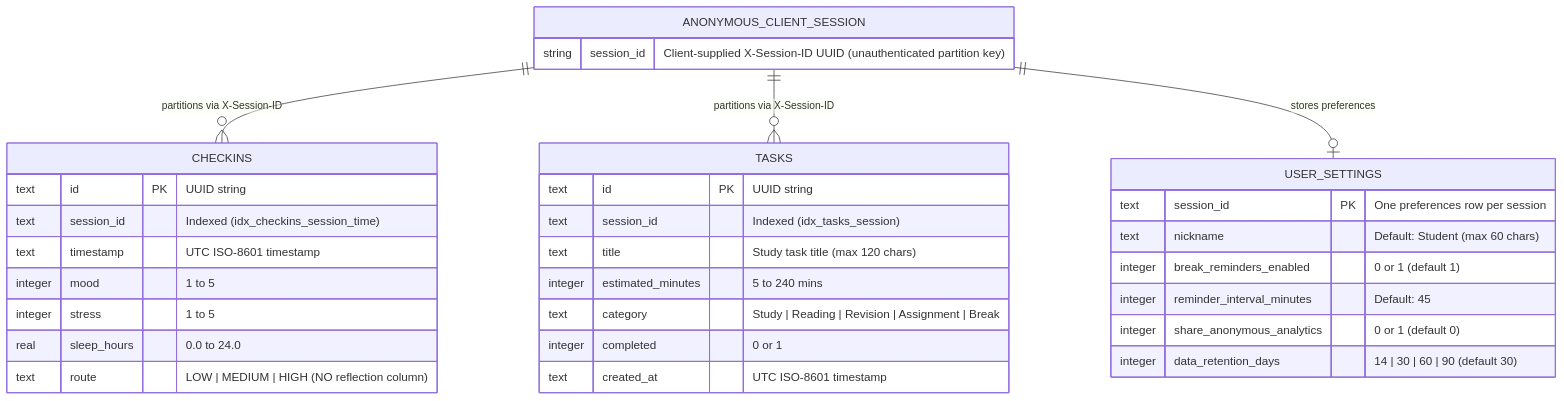
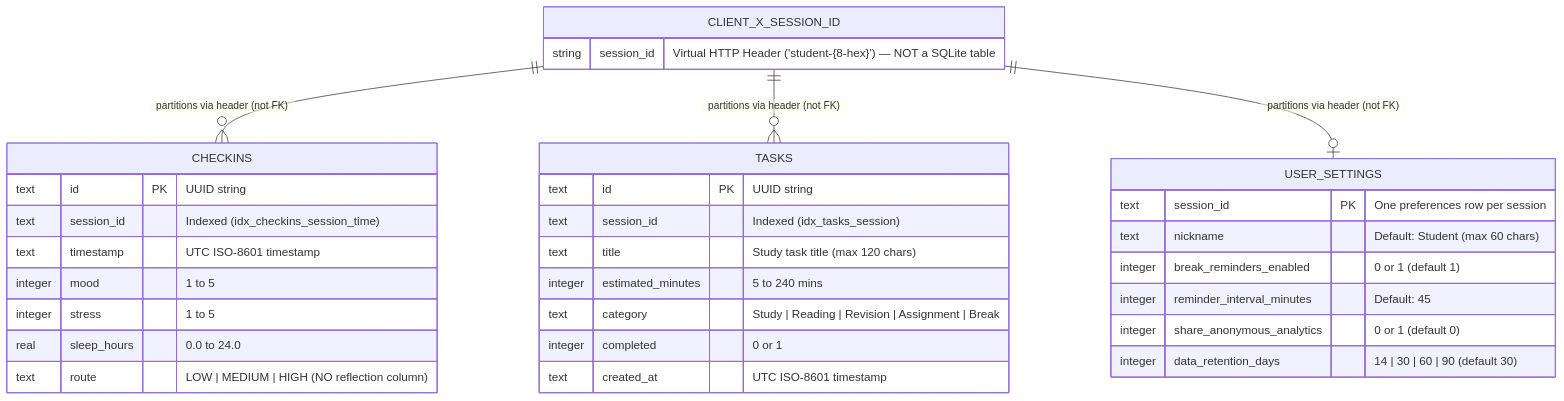
The fifth of 7 diagrams in README.md (nikhi20-900/calmspace), drawn with Mermaid before and after one commit. The commit also changed other lines of this file, not shown here.

Commit message:
docs(readme): address PR #38 review accuracy, demo scope, and mobile diagram layout

````diff
--- a/README.md
+++ b/README.md
@@ -237,39 +248,39 @@
 ```mermaid
 erDiagram
-    ANONYMOUS_CLIENT_SESSION {
-        string session_id "Client-supplied X-Session-ID UUID (unauthenticated partition key)"
+    CLIENT_X_SESSION_ID {
+        string session_id "Virtual HTTP Header ('student-{8-hex}') — NOT a SQLite table"
     }
 
     CHECKINS {
         text id PK "UUID string"
         text session_id "Indexed (idx_checkins_session_time)"
         text timestamp "UTC ISO-8601 timestamp"
         integer mood "1 to 5"
         integer stress "1 to 5"
         real sleep_hours "0.0 to 24.0"
         text route "LOW | MEDIUM | HIGH (NO reflection column)"
     }
 
     TASKS {
         text id PK "UUID string"
         text session_id "Indexed (idx_tasks_session)"
         text title "Study task title (max 120 chars)"
         integer estimated_minutes "5 to 240 mins"
         text category "Study | Reading | Revision | Assignment | Break"
         integer completed "0 or 1"
         text created_at "UTC ISO-8601 timestamp"
     }
 
     USER_SETTINGS {
         text session_id PK "One preferences row per session"
         text nickname "Default: Student (max 60 chars)"
         integer break_reminders_enabled "0 or 1 (default 1)"
         integer reminder_interval_minutes "Default: 45"
         integer share_anonymous_analytics "0 or 1 (default 0)"
         integer data_retention_days "14 | 30 | 60 | 90 (default 30)"
     }
 
-    ANONYMOUS_CLIENT_SESSION ||--o{ CHECKINS : "partitions via X-Session-ID"
-    ANONYMOUS_CLIENT_SESSION ||--o{ TASKS : "partitions via X-Session-ID"
-    ANONYMOUS_CLIENT_SESSION ||--o| USER_SETTINGS : "stores preferences"
+    CLIENT_X_SESSION_ID ||--o{ CHECKINS : "partitions via header (not FK)"
+    CLIENT_X_SESSION_ID ||--o{ TASKS : "partitions via header (not FK)"
+    CLIENT_X_SESSION_ID ||--o| USER_SETTINGS : "partitions via header (not FK)"
 ```
````
